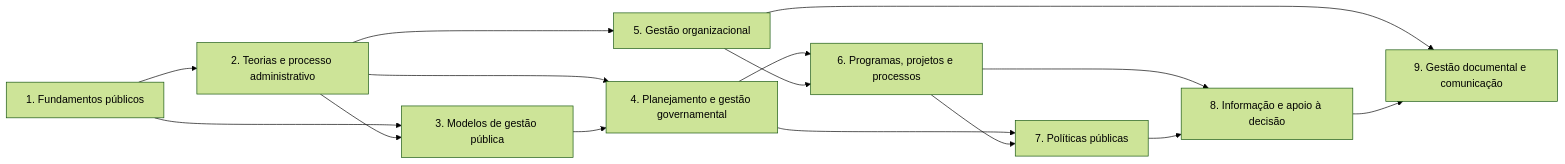
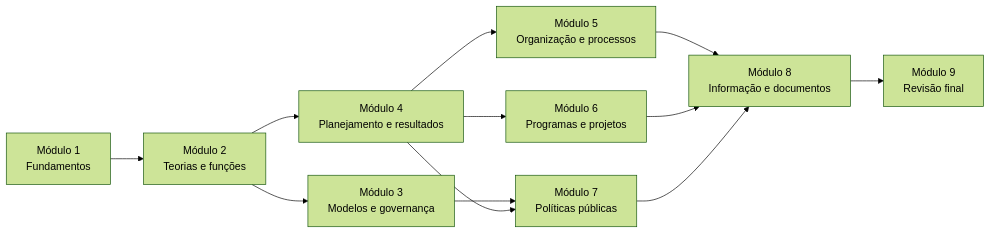
The diagram in docs/03-administracao-geral/PLANO_DA_DISCIPLINA.md (vmedinax/curso-sape-sc-2026), drawn with Mermaid (forest theme) before and after one commit. The commit also changed other lines of this file and 139 other files, not shown here.

````diff
--- a/docs/03-administracao-geral/PLANO_DA_DISCIPLINA.md
+++ b/docs/03-administracao-geral/PLANO_DA_DISCIPLINA.md
@@ -101,17 +69,14 @@
 ```mermaid
 flowchart LR
-    M1[1. Fundamentos públicos] --> M2[2. Teorias e processo administrativo]
-    M1 --> M3[3. Modelos de gestão pública]
-    M2 --> M3
-    M2 --> M4[4. Planejamento e gestão governamental]
-    M3 --> M4
-    M2 --> M5[5. Gestão organizacional]
-    M4 --> M6[6. Programas, projetos e processos]
-    M5 --> M6
-    M4 --> M7[7. Políticas públicas]
-    M6 --> M7
-    M6 --> M8[8. Informação e apoio à decisão]
+    M1["Módulo 1<br>Fundamentos"] --> M2["Módulo 2<br>Teorias e funções"]
+    M2 --> M3["Módulo 3<br>Modelos e governança"]
+    M2 --> M4["Módulo 4<br>Planejamento e resultados"]
+    M4 --> M5["Módulo 5<br>Organização e processos"]
+    M4 --> M6["Módulo 6<br>Programas e projetos"]
+    M3 --> M7["Módulo 7<br>Políticas públicas"]
+    M4 --> M7
+    M5 --> M8["Módulo 8<br>Informação e documentos"]
+    M6 --> M8
     M7 --> M8
-    M5 --> M9[9. Gestão documental e comunicação]
-    M8 --> M9
+    M8 --> M9["Módulo 9<br>Revisão final"]
 ```
````
